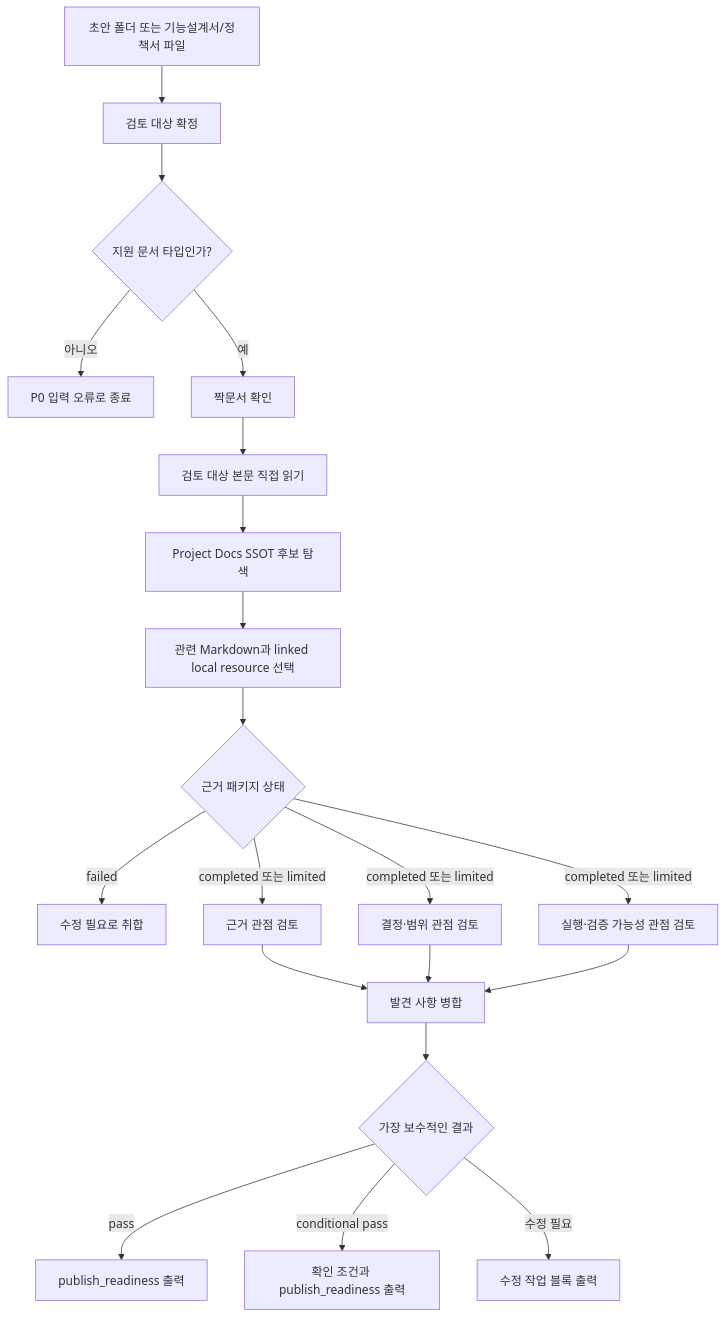
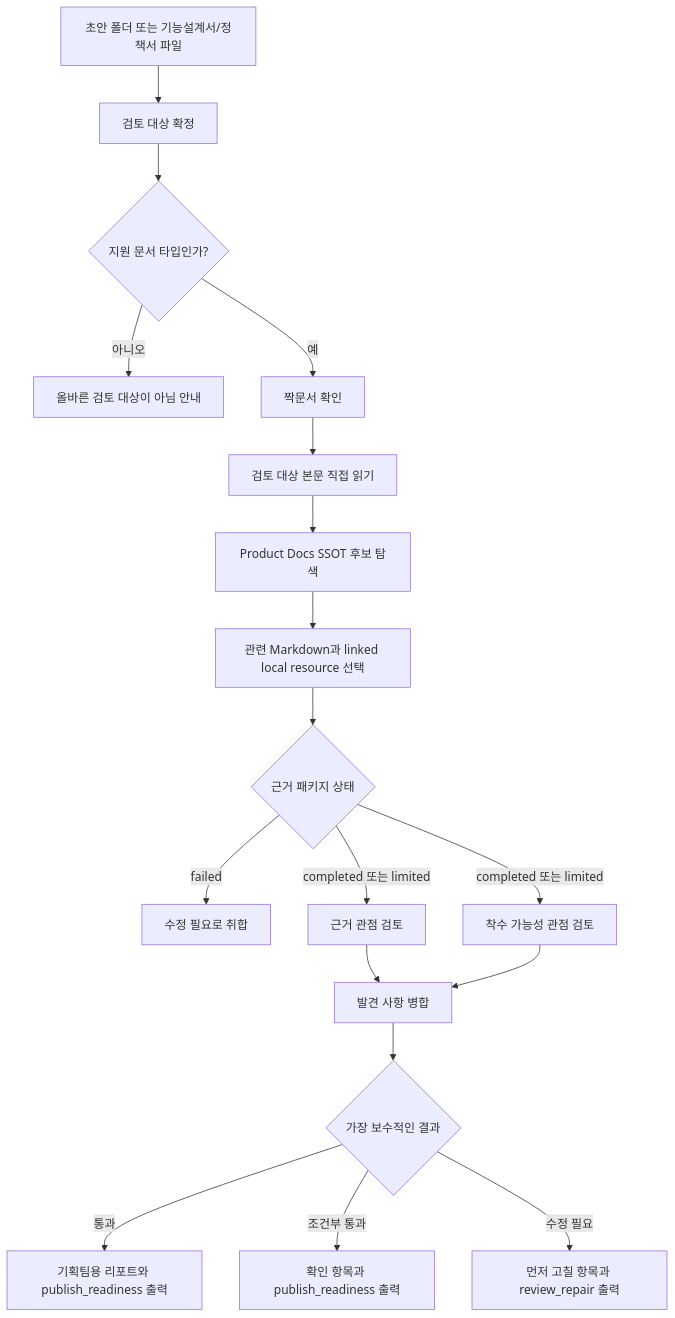
Before and after one commit to inkwonjung-colosseum/plugins: the third of 4 diagrams in product-team-kit/docs/skills-workflow.md, drawn with Mermaid. The commit also changed other lines of this file and 42 other files, not shown here.

````diff
--- a/product-team-kit/docs/skills-workflow.md
+++ b/product-team-kit/docs/skills-workflow.md
@@ -199,22 +131,20 @@
 ```mermaid
 flowchart TD
     A[초안 폴더 또는 기능설계서/정책서 파일] --> B[검토 대상 확정]
     B --> C{지원 문서 타입인가?}
-    C -- 아니오 --> D[P0 입력 오류로 종료]
+    C -- 아니오 --> D[올바른 검토 대상이 아님 안내]
     C -- 예 --> E[짝문서 확인]
     E --> F[검토 대상 본문 직접 읽기]
-    F --> G[Project Docs SSOT 후보 탐색]
+    F --> G[Product Docs SSOT 후보 탐색]
     G --> H[관련 Markdown과 linked local resource 선택]
     H --> I{근거 패키지 상태}
     I -- failed --> J[수정 필요로 취합]
     I -- completed 또는 limited --> K[근거 관점 검토]
-    I -- completed 또는 limited --> L[결정·범위 관점 검토]
-    I -- completed 또는 limited --> M[실행·검증 가능성 관점 검토]
+    I -- completed 또는 limited --> M[착수 가능성 관점 검토]
     K --> N[발견 사항 병합]
-    L --> N
     M --> N
     N --> O{가장 보수적인 결과}
-    O -- pass --> P[publish_readiness 출력]
-    O -- conditional pass --> Q[확인 조건과 publish_readiness 출력]
-    O -- 수정 필요 --> R[수정 작업 블록 출력]
+    O -- 통과 --> P[기획팀용 리포트와 publish_readiness 출력]
+    O -- 조건부 통과 --> Q[확인 항목과 publish_readiness 출력]
+    O -- 수정 필요 --> R[먼저 고칠 항목과 review_repair 출력]
 ```
````
